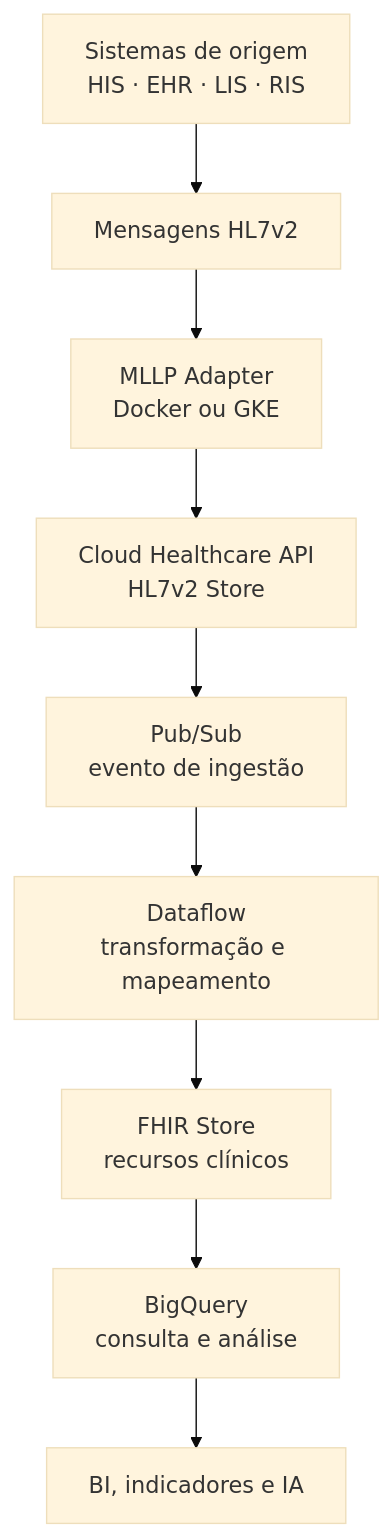
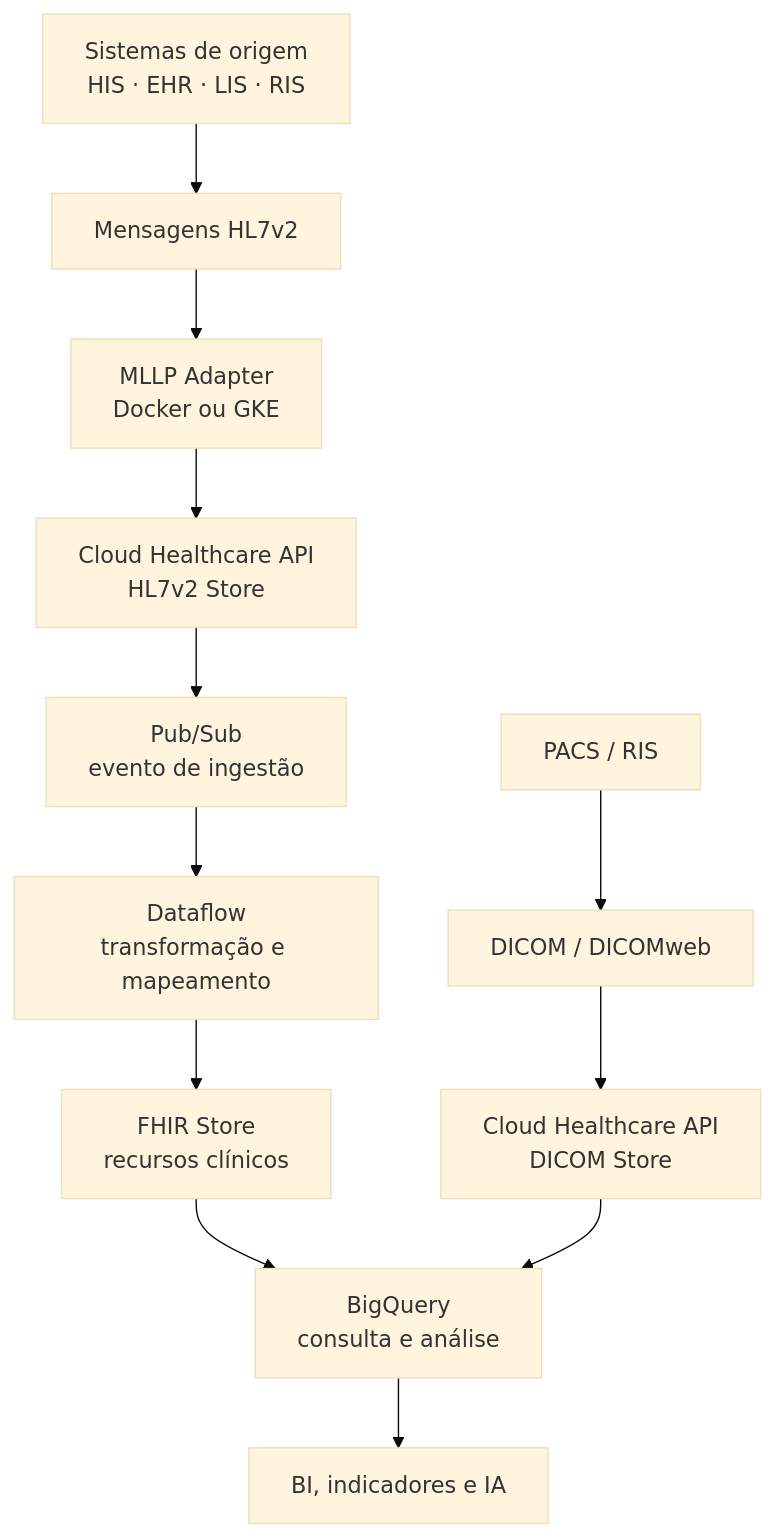
Before and after one commit to fernandocerqueira1990-cloud/healthcare-interoperability-labs: the diagram in docs/architecture.md, drawn with Mermaid (base theme). The commit also changed other lines of this file and 10 other files, not shown here.

````diff
--- a/docs/architecture.md
+++ b/docs/architecture.md
@@ -9,11 +9,14 @@
 ```mermaid
 flowchart TD
     A["Sistemas de origem<br/>HIS · EHR · LIS · RIS"] --> B["Mensagens HL7v2"]
     B --> C["MLLP Adapter<br/>Docker ou GKE"]
     C --> D["Cloud Healthcare API<br/>HL7v2 Store"]
     D --> E["Pub/Sub<br/>evento de ingestão"]
     E --> F["Dataflow<br/>transformação e mapeamento"]
     F --> G["FHIR Store<br/>recursos clínicos"]
     G --> H["BigQuery<br/>consulta e análise"]
+    J["PACS / RIS"] --> K["DICOM / DICOMweb"]
+    K --> L["Cloud Healthcare API<br/>DICOM Store"]
+    L --> H
     H --> I["BI, indicadores e IA"]
 ```
````
